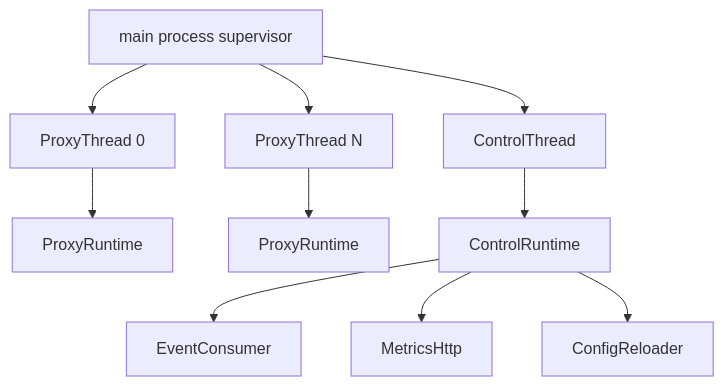
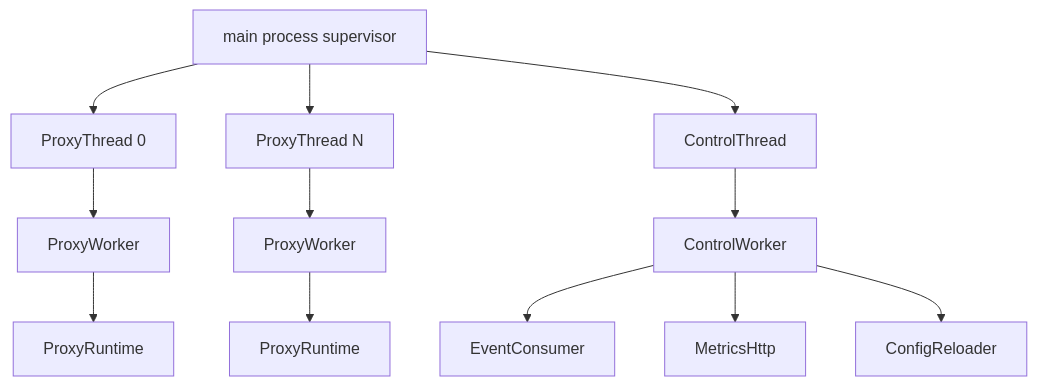
The second of 3 diagrams in docs/architecture/README.md (raydatray/rusty-mcrouter), drawn with Mermaid before and after one commit. The commit also changed other lines of this file and 9 other files, not shown here.

````diff
--- a/docs/architecture/README.md
+++ b/docs/architecture/README.md
@@ -70,13 +73,15 @@
 ```mermaid
 flowchart TB
     M[main process supervisor]
     M --> PT0[ProxyThread 0]
     M --> PTN[ProxyThread N]
     M --> CT[ControlThread]
-    PT0 --> PR0[ProxyRuntime]
-    PTN --> PRN[ProxyRuntime]
-    CT --> CR[ControlRuntime]
+    PT0 --> PW0[ProxyWorker]
+    PTN --> PWN[ProxyWorker]
+    PW0 --> PR0[ProxyRuntime]
+    PWN --> PRN[ProxyRuntime]
+    CT --> CR[ControlWorker]
     CR --> EC[EventConsumer]
     CR --> MH[MetricsHttp]
     CR --> RL[ConfigReloader]
 ```
````
